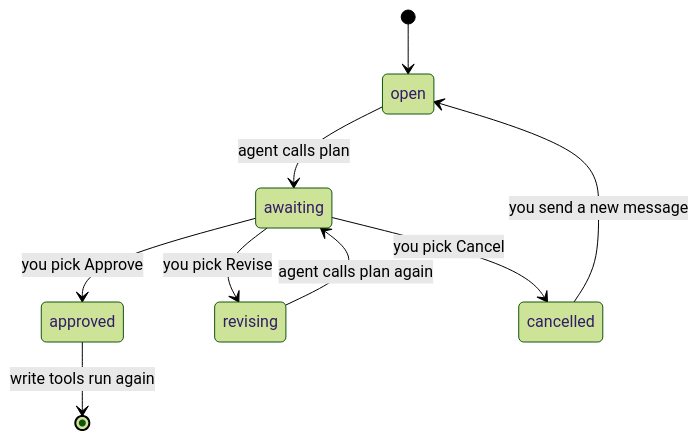
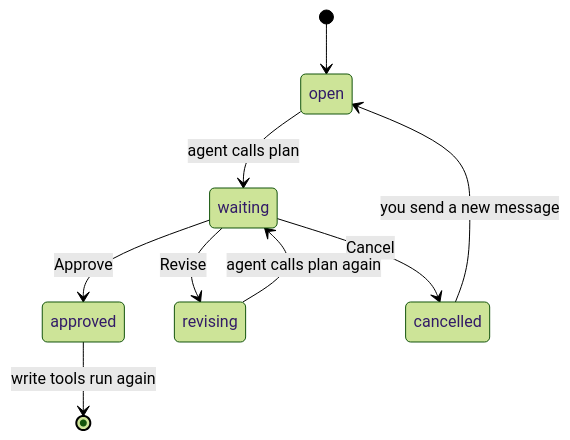
The fourth of 5 diagrams in README.md (Snestra/pi-t3-bridge), drawn with Mermaid (forest theme) before and after one commit. The commit also changed other lines of this file, not shown here.

Commit message:
Rewrite README around features, with diagrams for workflows and goals

````diff
--- a/README.md
+++ b/README.md
@@ -169,11 +216,11 @@
 ```mermaid
 stateDiagram-v2
     [*] --> open
-    open --> awaiting: agent calls plan
-    awaiting --> approved: you pick Approve
-    awaiting --> revising: you pick Revise
-    awaiting --> cancelled: you pick Cancel
-    revising --> awaiting: agent calls plan again
+    open --> waiting: agent calls plan
+    waiting --> approved: Approve
+    waiting --> revising: Revise
+    waiting --> cancelled: Cancel
+    revising --> waiting: agent calls plan again
     cancelled --> open: you send a new message
     approved --> [*]: write tools run again
 ```
````
